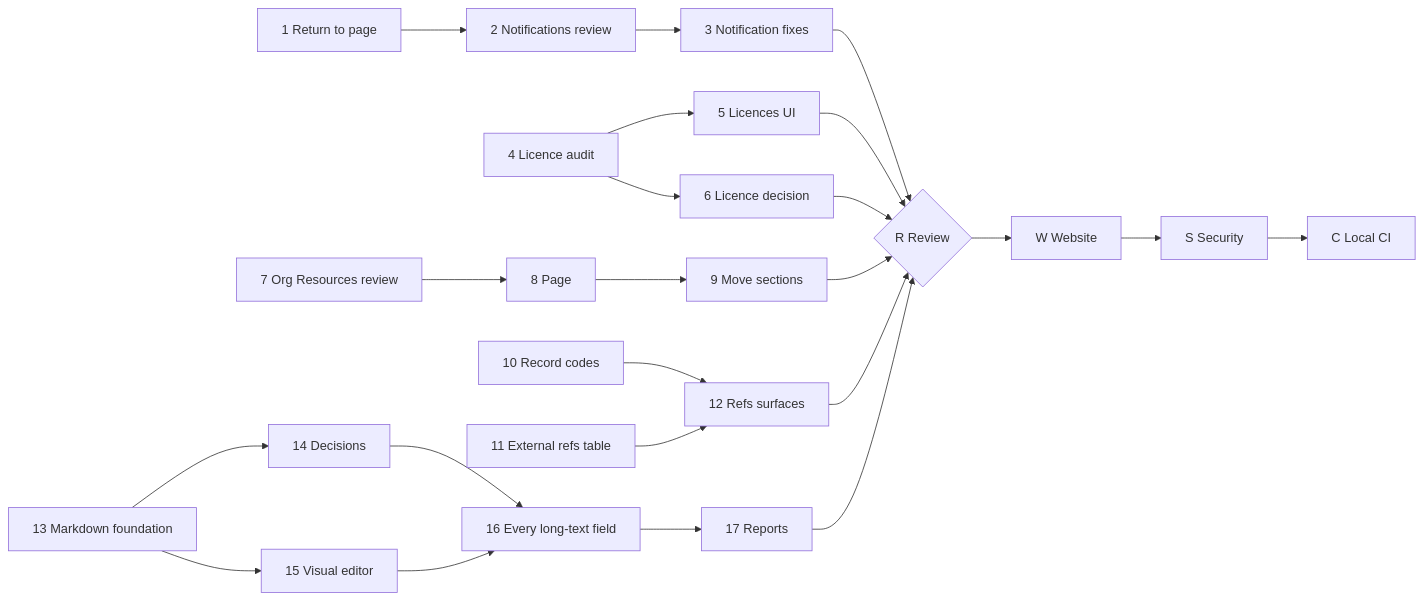
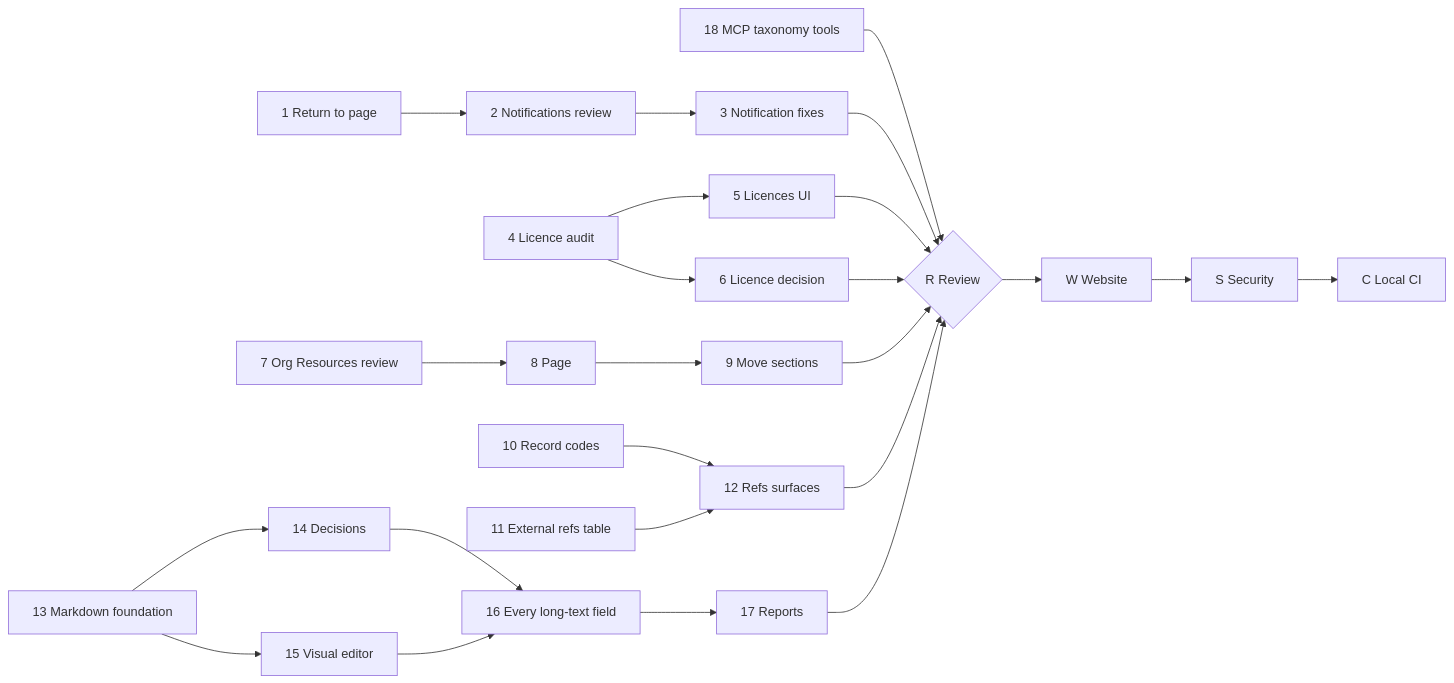
One commit to ballardr/reqtrackmanager changed the diagram in docs/plans/platform-review-2026-11-19-plan.md. Above: the diagram before and after it, drawn with Mermaid. The commit also changed other lines of this file and 28 other files, not shown here.

````diff
--- a/docs/plans/platform-review-2026-11-19-plan.md
+++ b/docs/plans/platform-review-2026-11-19-plan.md
@@ -35,22 +36,23 @@
 ```mermaid
 flowchart LR
     P1["1 Return to page"] --> P2["2 Notifications review"]
     P2 --> P3["3 Notification fixes"]
     P4["4 Licence audit"] --> P5["5 Licences UI"]
     P4 --> P6["6 Licence decision"]
     P7["7 Org Resources review"] --> P8["8 Page"] --> P9["9 Move sections"]
     P10["10 Record codes"] --> P12["12 Refs surfaces"]
     P11["11 External refs table"] --> P12
     P13["13 Markdown foundation"] --> P14["14 Decisions"]
     P13 --> P15["15 Visual editor"]
     P14 --> P16["16 Every long-text field"]
     P15 --> P16
     P16 --> P17["17 Reports"]
+    P18["18 MCP taxonomy tools"] --> R
     P3 --> R{"R Review"}
     P5 --> R
     P6 --> R
     P9 --> R
     P12 --> R
     P17 --> R
     R --> W["W Website"] --> S["S Security"] --> C["C Local CI"]
 ```
````
